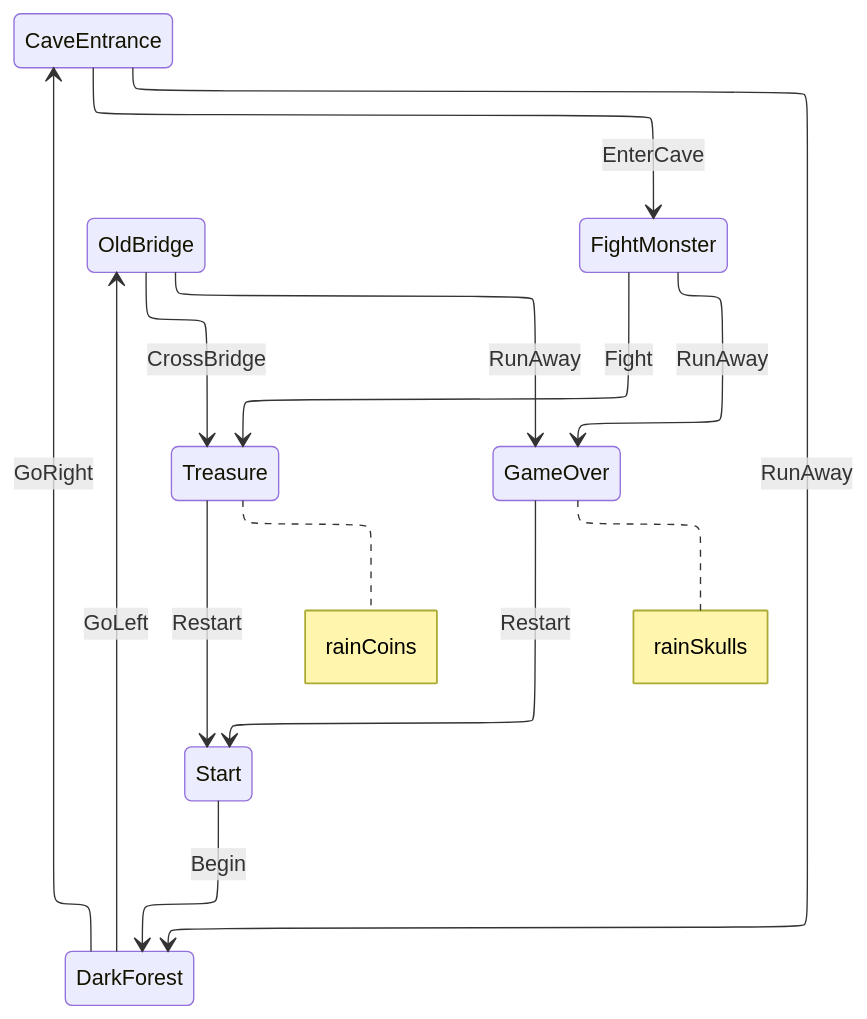
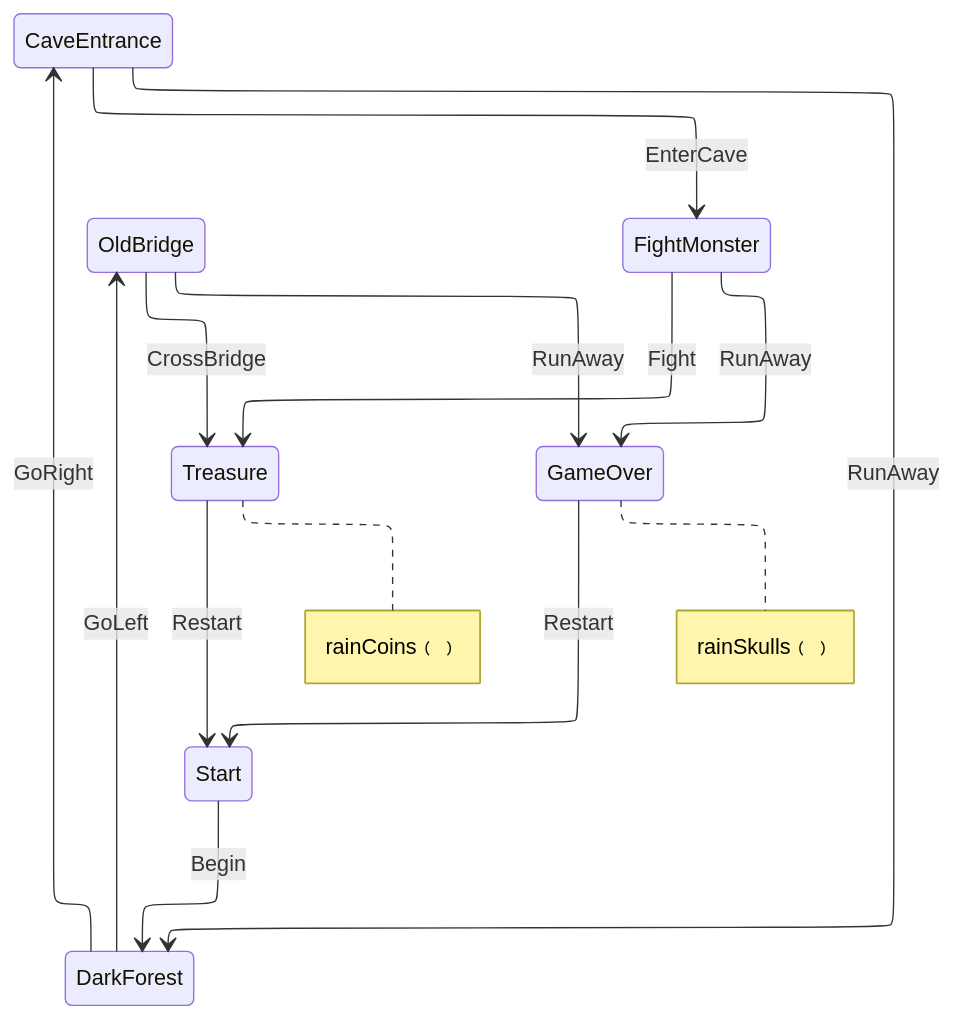
One commit to AdamWardVGP/KSM changed the diagram in sample/ksmGraphs/stateMachine_AdventureState.mmd. Above: the diagram before and after it, drawn with Mermaid. The commit also changed 3 other files, not shown here.

```diff
--- a/sample/ksmGraphs/stateMachine_AdventureState.mmd
+++ b/sample/ksmGraphs/stateMachine_AdventureState.mmd
@@ -1,22 +1,22 @@
 ---
 config:
   layout: elk
 ---
 stateDiagram-v2
     Start --> DarkForest: Begin
     DarkForest --> OldBridge: GoLeft
     DarkForest --> CaveEntrance: GoRight
     OldBridge --> Treasure: CrossBridge
     OldBridge --> GameOver: RunAway
     CaveEntrance --> FightMonster: EnterCave
     CaveEntrance --> DarkForest: RunAway
     FightMonster --> Treasure: Fight
     FightMonster --> GameOver: RunAway
     GameOver --> Start: Restart
     Treasure --> Start: Restart
     note right of Treasure
-        rainCoins
+        rainCoins﹙﹚
     end note
     note right of GameOver
-        rainSkulls
+        rainSkulls﹙﹚
     end note
```
